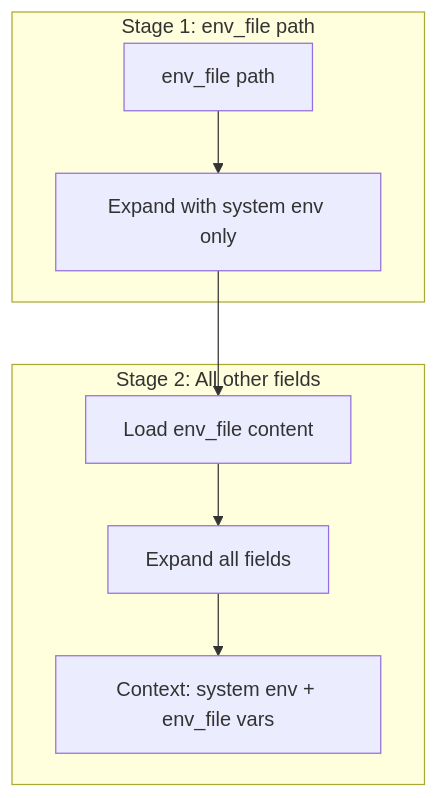
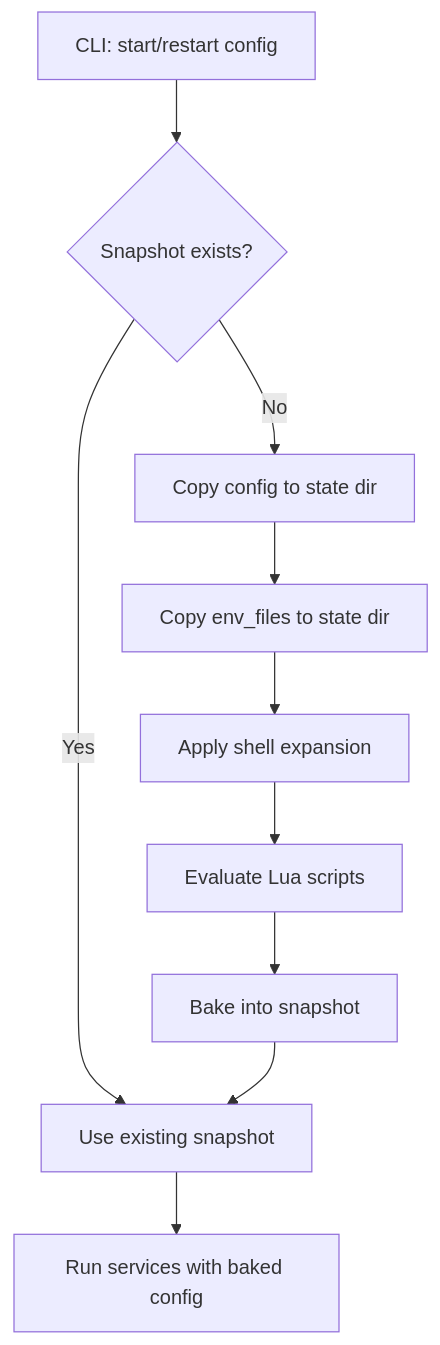
The second of 3 diagrams in ARCHITECTURE.md (maleus-ai/kepler), drawn with Mermaid before and after one commit. The commit also changed other lines of this file and 1 other file, not shown here.

Commit message:
Update README and ARCHITECTURE files

````diff
--- a/ARCHITECTURE.md
+++ b/ARCHITECTURE.md
@@ -155,11 +111,12 @@
 ```mermaid
 flowchart TD
-    subgraph Stage1[Stage 1: env_file path]
-        A[env_file path] --> B[Expand with system env only]
-    end
-    subgraph Stage2[Stage 2: All other fields]
-        B --> C[Load env_file content]
-        C --> D[Expand all fields]
-        D --> E[Context: system env + env_file vars]
-    end
+    A[CLI: start/restart config] --> B{Snapshot exists?}
+    B -->|Yes| C[Use existing snapshot]
+    B -->|No| D[Copy config to state dir]
+    D --> E[Copy env_files to state dir]
+    E --> F[Apply shell expansion]
+    F --> G[Evaluate Lua scripts]
+    G --> H[Bake into snapshot]
+    H --> C
+    C --> I[Run services with baked config]
 ```
````
